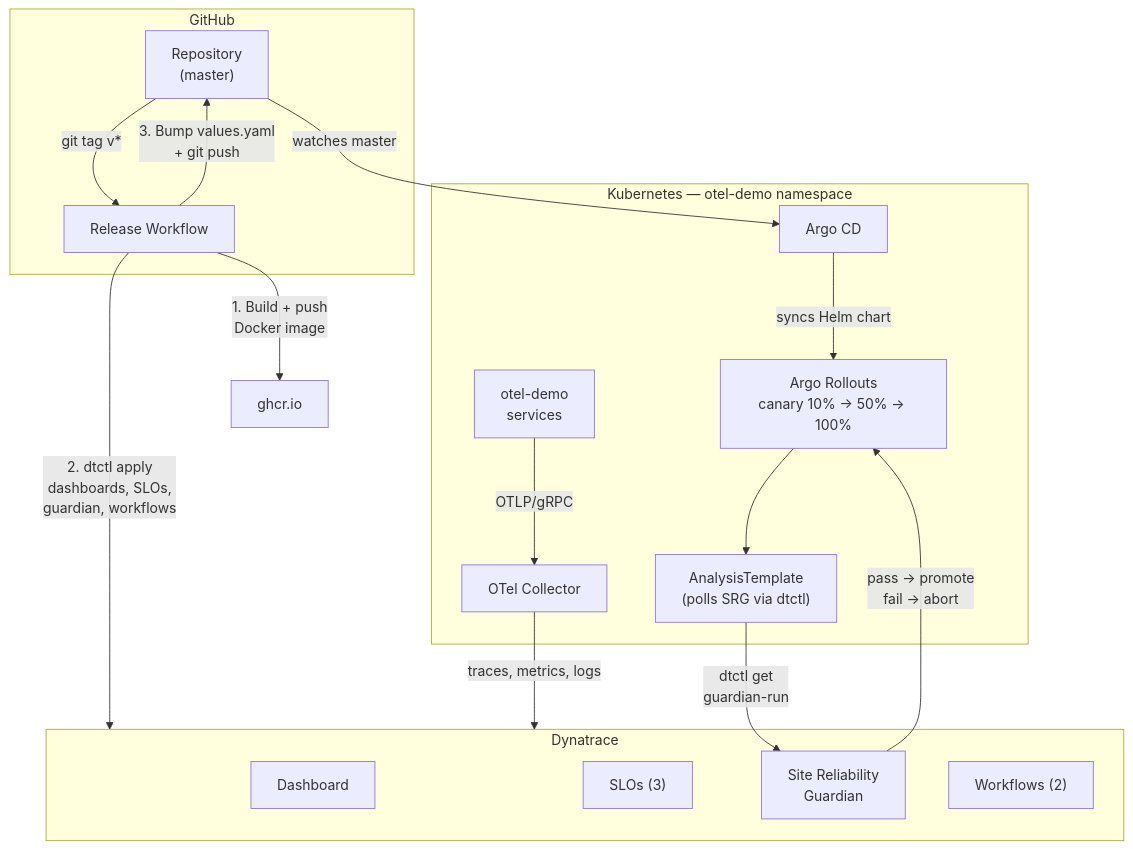
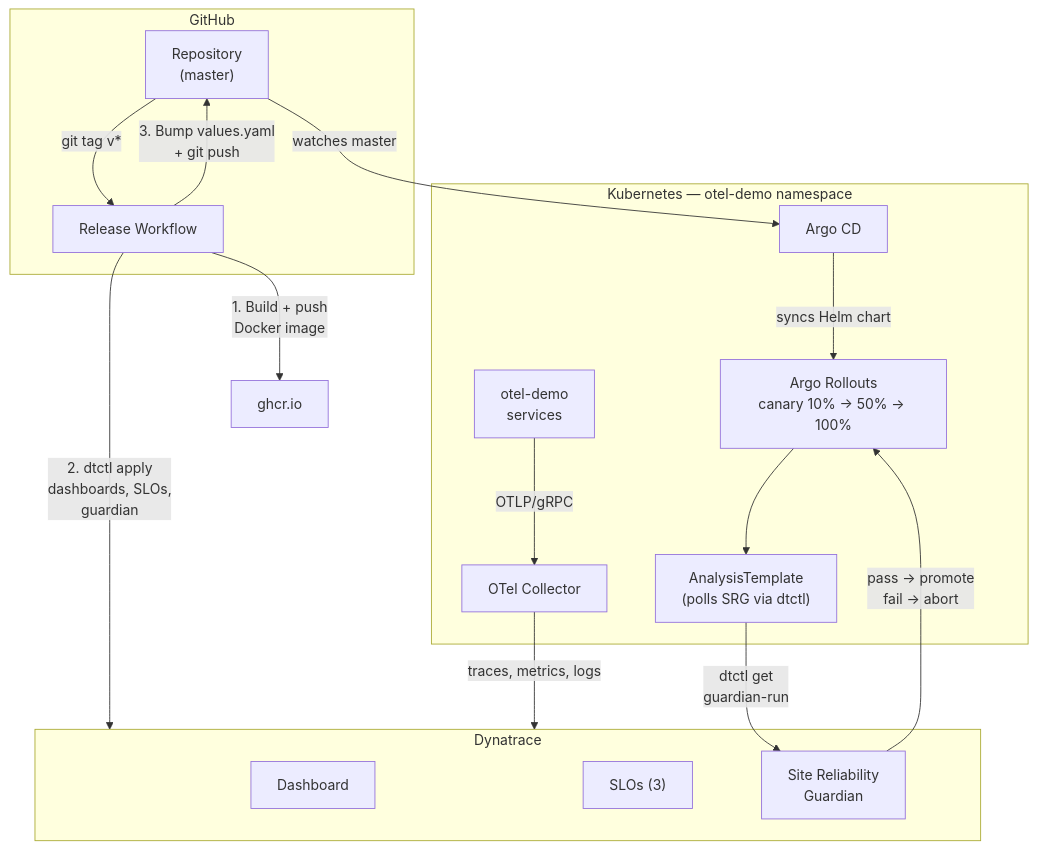
The diagram in README.md (Observe-Resolve/dtctl), drawn with Mermaid before and after one commit.

Commit message:
docs: remove workflow references from architecture diagram

````diff
--- a/README.md
+++ b/README.md
@@ -20,36 +20,35 @@
 ```mermaid
 graph TD
     subgraph GitHub
         Repo["Repository<br/>(master)"]
         CI["Release Workflow"]
     end
 
     subgraph Dynatrace
         Dashboard["Dashboard"]
         SLOs["SLOs (3)"]
         Guardian["Site Reliability<br/>Guardian"]
-        Workflows["Workflows (2)"]
     end
 
     subgraph Kubernetes [Kubernetes — otel-demo namespace]
         ArgoCD["Argo CD"]
         Rollouts["Argo Rollouts<br/>canary 10% → 50% → 100%"]
         Analysis["AnalysisTemplate<br/>(polls SRG via dtctl)"]
         OtelDemo["otel-demo<br/>services"]
         Collector["OTel Collector"]
     end
 
     Repo -- "git tag v*" --> CI
     CI -- "1. Build + push<br/>Docker image" --> GHCR["ghcr.io"]
-    CI -- "2. dtctl apply<br/>dashboards, SLOs,<br/>guardian, workflows" --> Dynatrace
+    CI -- "2. dtctl apply<br/>dashboards, SLOs,<br/>guardian" --> Dynatrace
     CI -- "3. Bump values.yaml<br/>+ git push" --> Repo
 
     Repo -- "watches master" --> ArgoCD
     ArgoCD -- "syncs Helm chart" --> Rollouts
     Rollouts --> Analysis
     Analysis -- "dtctl get<br/>guardian-run" --> Guardian
     Guardian -- "pass → promote<br/>fail → abort" --> Rollouts
 
     OtelDemo -- "OTLP/gRPC" --> Collector
     Collector -- "traces, metrics, logs" --> Dynatrace
 ```
````
